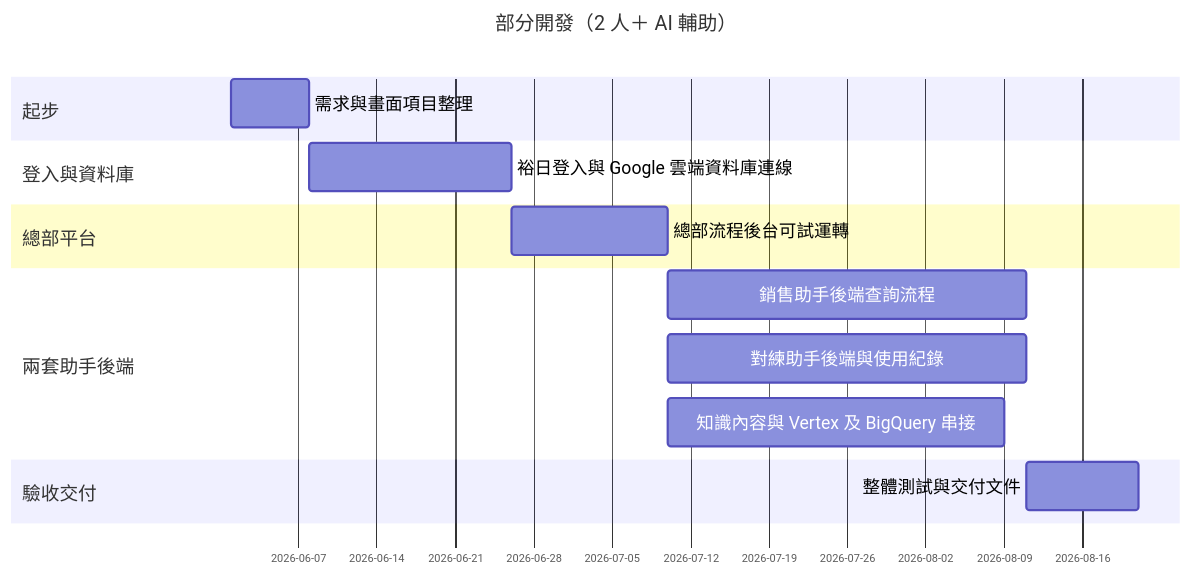
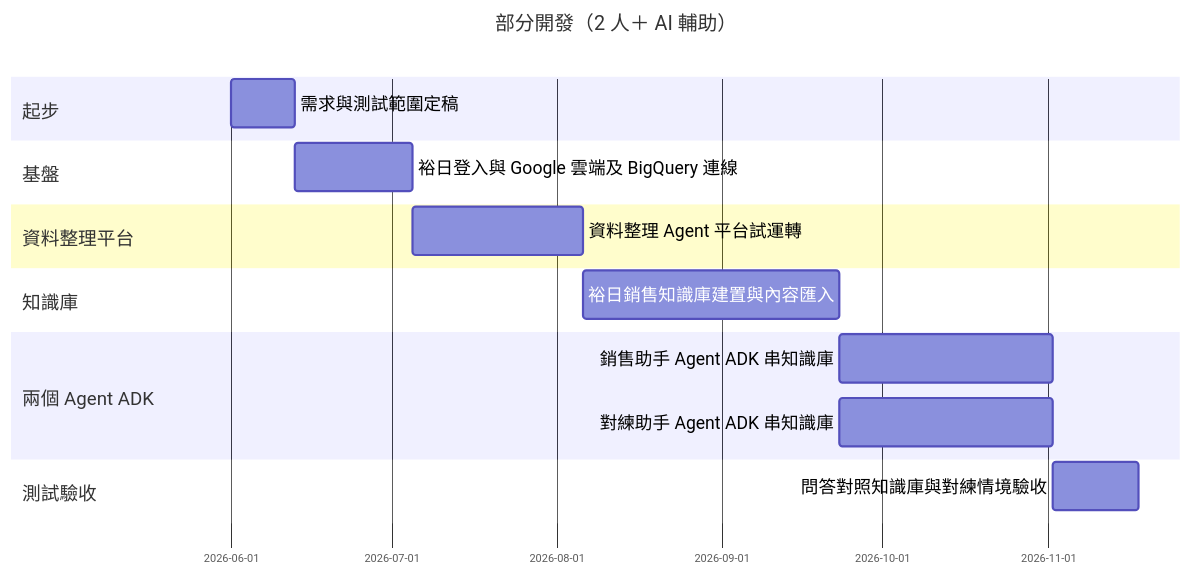
The second of 2 diagrams in PROJECT_SCOPE_SALES_TRAINING.md (humtersiso/YNM_Sales_AI_Coach), drawn with Mermaid before and after one commit. The commit also changed other lines of this file, not shown here.

Commit message:
Scope v0.8: 4.1 加長與知識庫、4.2 ADK 雙 Agent 與測試範疇

````diff
--- a/PROJECT_SCOPE_SALES_TRAINING.md
+++ b/PROJECT_SCOPE_SALES_TRAINING.md
@@ -152,18 +160,19 @@
 ```mermaid
 %%{init: { "gantt": { "barHeight": 44, "barGap": 14, "fontSize": 16, "sectionFontSize": 17, "topPadding": 70, "leftPadding": 200, "gridLineStartPadding": 50 } } }%%
 gantt
 title 部分開發（2 人＋ AI 輔助）
 dateFormat YYYY-MM-DD
 section 起步
-需求與畫面項目整理 :v0, 2026-06-01, 7d
-section 登入與資料庫
-裕日登入與 Google 雲端資料庫連線 :v1, after v0, 18d
-section 總部平台
-總部流程後台可試運轉 :v2, after v1, 14d
-section 兩套助手後端
-銷售助手後端查詢流程 :v3a, after v2, 32d
-對練助手後端與使用紀錄 :v3b, after v2, 32d
-知識內容與 Vertex 及 BigQuery 串接 :v3c, after v2, 30d
-section 驗收交付
-整體測試與交付文件 :v4, after v3a, 10d
+需求與測試範圍定稿 :v0, 2026-06-01, 12d
+section 基盤
+裕日登入與 Google 雲端及 BigQuery 連線 :v1, after v0, 22d
+section 資料整理平台
+資料整理 Agent 平台試運轉 :v2, after v1, 32d
+section 知識庫
+裕日銷售知識庫建置與內容匯入 :v3, after v2, 48d
+section 兩個 Agent ADK
+銷售助手 Agent ADK 串知識庫 :v4a, after v3, 40d
+對練助手 Agent ADK 串知識庫 :v4b, after v3, 40d
+section 測試驗收
+問答對照知識庫與對練情境驗收 :v5, after v4a v4b, 16d
 ```
````
